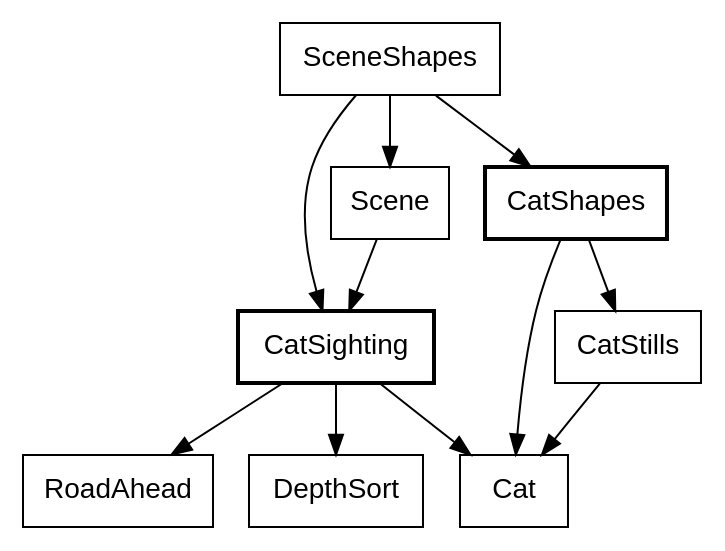
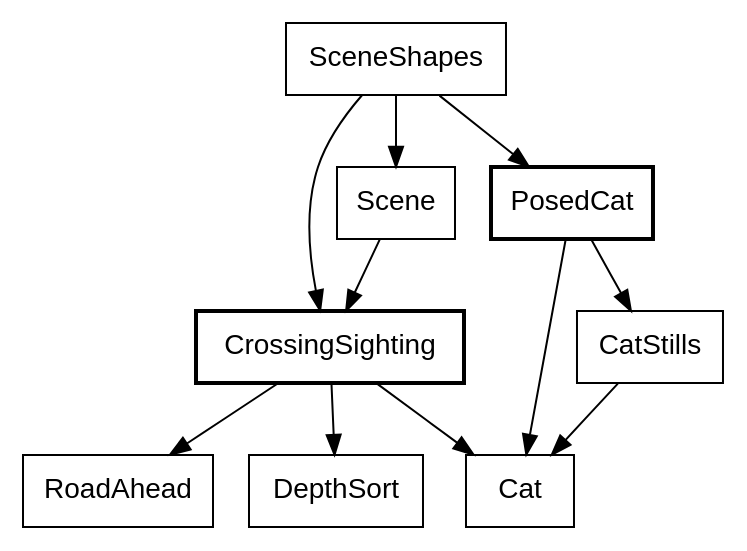
Before and after one commit to showell/roc-apps: diagram 25 of 35 in canvas_apps/safari/tutorial/tutorial.md, drawn with Graphviz. The commit also changed other lines of this file and 3 other files, not shown here.

First line of the commit message:
safari book_names: the diagrams' node names are checked too

````diff
--- a/canvas_apps/safari/tutorial/tutorial.md
+++ b/canvas_apps/safari/tutorial/tutorial.md
@@ -2077,17 +2077,17 @@
 ```dot
 digraph screen {
   node [shape=box, fontname="Helvetica"];
-  CatSighting [style=bold];
-  CatShapes [style=bold];
+  CrossingSighting [style=bold];
+  PosedCat [style=bold];
   SceneShapes -> Scene;
-  SceneShapes -> CatShapes;
-  SceneShapes -> CatSighting;
-  Scene -> CatSighting;
-  CatSighting -> Cat;
-  CatSighting -> RoadAhead;
-  CatSighting -> DepthSort;
-  CatShapes -> Cat;
-  CatShapes -> CatStills;
+  SceneShapes -> PosedCat;
+  SceneShapes -> CrossingSighting;
+  Scene -> CrossingSighting;
+  CrossingSighting -> Cat;
+  CrossingSighting -> RoadAhead;
+  CrossingSighting -> DepthSort;
+  PosedCat -> Cat;
+  PosedCat -> CatStills;
   CatStills -> Cat;
 }
 ```
````
